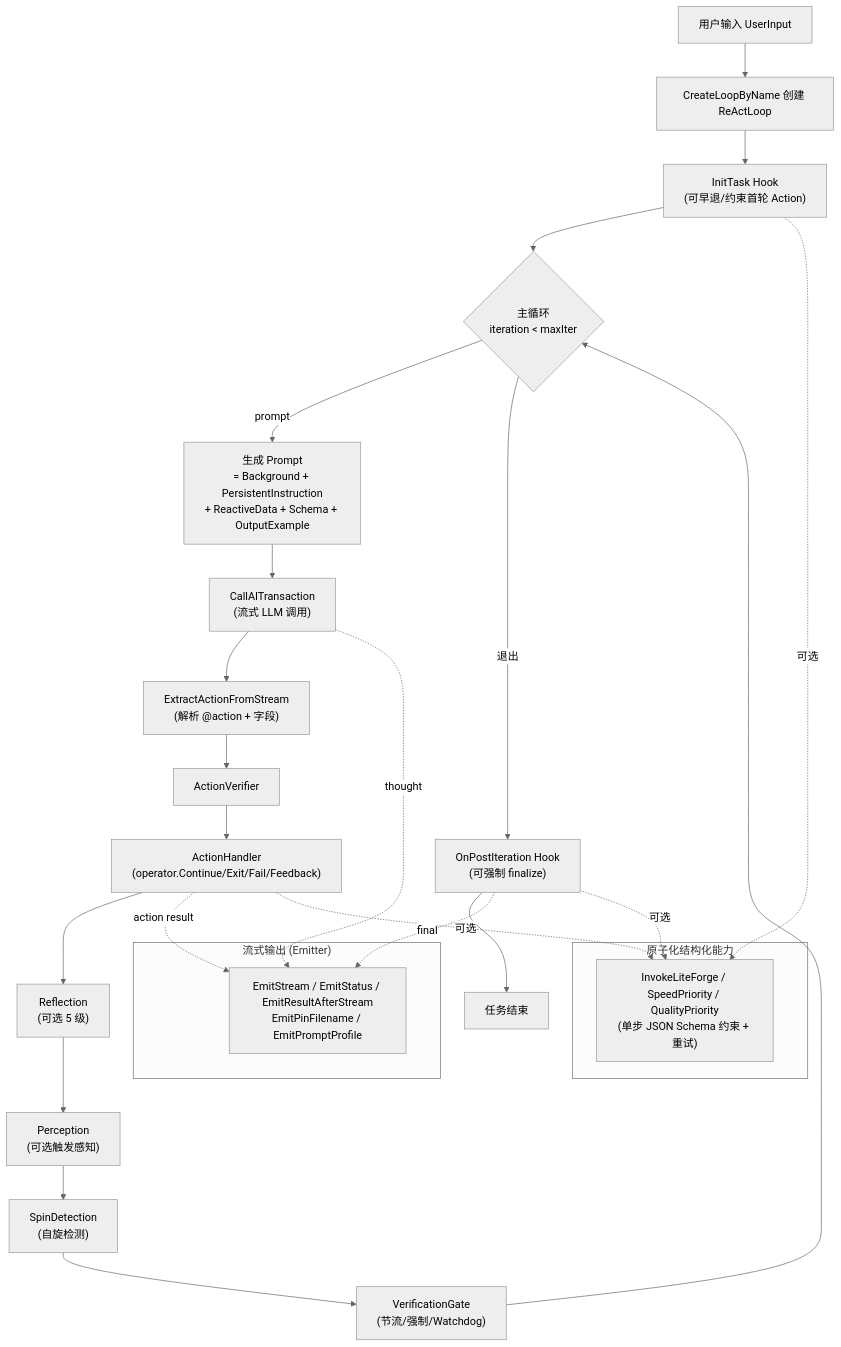
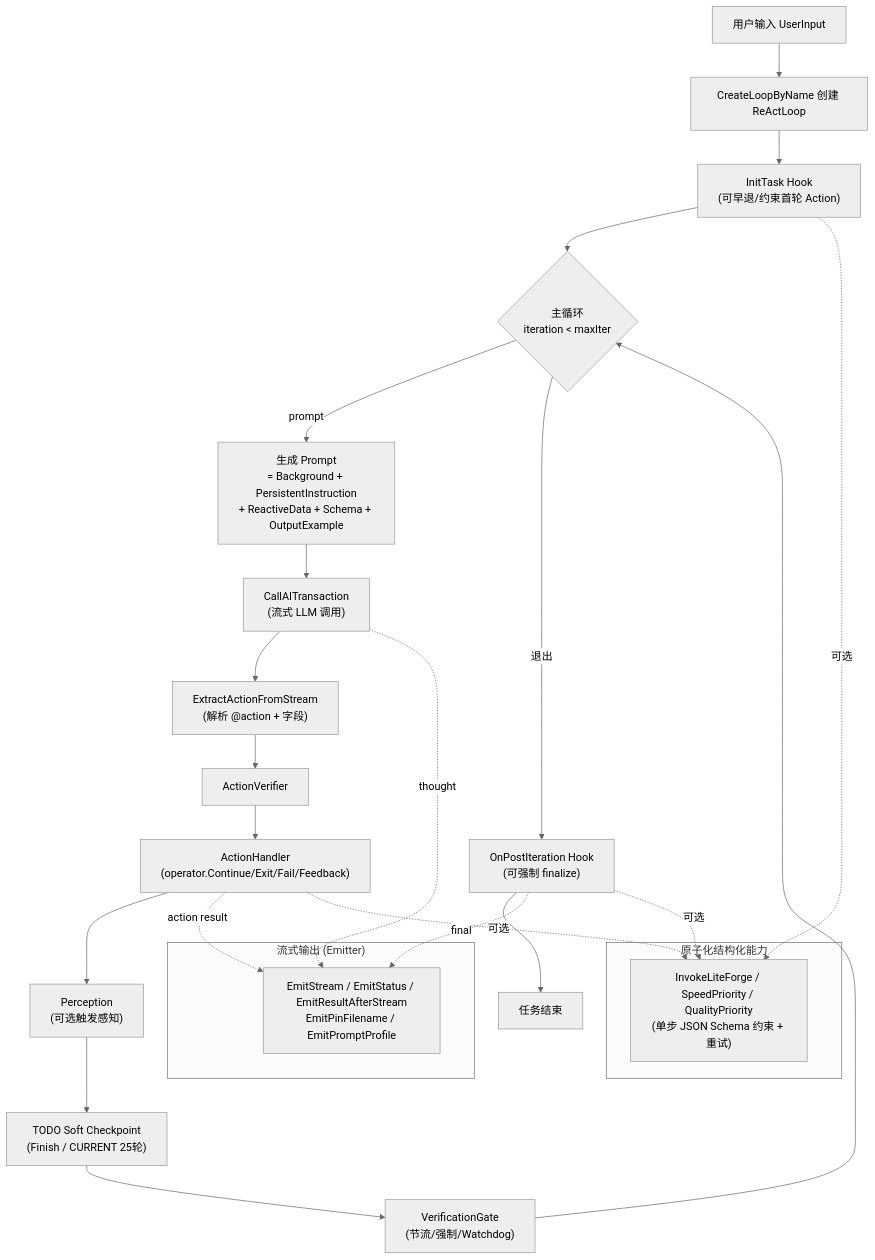
Before and after one commit to yaklang/yaklang: the diagram in common/ai/aid/aireact/reactloops/README.md, drawn with Mermaid (neutral theme). The commit also changed other lines of this file and 144 other files, not shown here.

Commit message:
feat(aireact): replace legacy reflection with TODO checkpoints

````diff
--- a/common/ai/aid/aireact/reactloops/README.md
+++ b/common/ai/aid/aireact/reactloops/README.md
@@ -15,32 +15,31 @@
 ```mermaid
 flowchart TD
     User["用户输入 UserInput"] --> Create["CreateLoopByName 创建 ReActLoop"]
     Create --> Init["InitTask Hook<br/>(可早退/约束首轮 Action)"]
     Init --> Loop{"主循环<br/>iteration < maxIter"}
     Loop -->|prompt| Render["生成 Prompt<br/>= Background + PersistentInstruction<br/>+ ReactiveData + Schema + OutputExample"]
     Render --> CallAI["CallAITransaction<br/>(流式 LLM 调用)"]
     CallAI --> Extract["ExtractActionFromStream<br/>(解析 @action + 字段)"]
     Extract --> Verify["ActionVerifier"]
     Verify --> Handle["ActionHandler<br/>(operator.Continue/Exit/Fail/Feedback)"]
-    Handle --> Reflect["Reflection<br/>(可选 5 级)"]
-    Reflect --> Perceive["Perception<br/>(可选触发感知)"]
-    Perceive --> Spin["SpinDetection<br/>(自旋检测)"]
-    Spin --> Verif["VerificationGate<br/>(节流/强制/Watchdog)"]
+    Handle --> Perceive["Perception<br/>(可选触发感知)"]
+    Perceive --> TodoGate["TODO Soft Checkpoint<br/>(Finish / CURRENT 25轮)"]
+    TodoGate --> Verif["VerificationGate<br/>(节流/强制/Watchdog)"]
     Verif --> Loop
     Loop -->|退出| Post["OnPostIteration Hook<br/>(可强制 finalize)"]
     Post --> End["任务结束"]
     
     subgraph Streaming["流式输出 (Emitter)"]
         Stream["EmitStream / EmitStatus / EmitResultAfterStream<br/>EmitPinFilename / EmitPromptProfile"]
     end
     CallAI -.thought.-> Stream
     Handle -.action result.-> Stream
     Post -.final.-> Stream
     
     subgraph LiteForge["原子化结构化能力"]
         LF["InvokeLiteForge / SpeedPriority / QualityPriority<br/>(单步 JSON Schema 约束 + 重试)"]
     end
     Init -.可选.-> LF
     Handle -.可选.-> LF
     Post -.可选.-> LF
 ```
````
